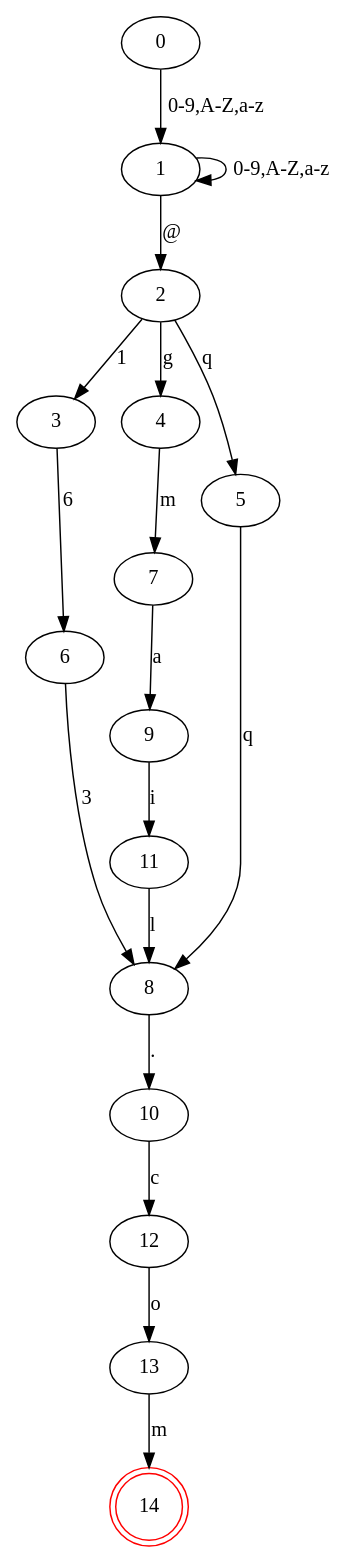
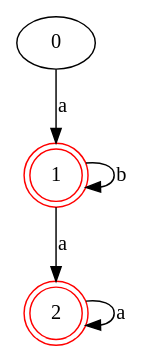
The diagram in tmp/test_mindfa.dot (JameyWoo/re2graph), drawn with Graphviz before and after one commit. The commit also changed 10 other files, not shown here.

```diff
--- a/tmp/test_mindfa.dot
+++ b/tmp/test_mindfa.dot
@@ -1,34 +1,9 @@
 digraph {
 	0 [label="0"]
-	1 [label="1"]
-	2 [label="2"]
-	3 [label="3"]
-	4 [label="4"]
-	5 [label="5"]
-	6 [label="6"]
-	7 [label="7"]
-	8 [label="8"]
-	9 [label="9"]
-	10 [label="10"]
-	11 [label="11"]
-	12 [label="12"]
-	13 [label="13"]
-	14 [label="14" color=red shape=doublecircle]
-	0 -> 1 [label="0-9,A-Z,a-z"]
-	1 -> 1 [label="0-9,A-Z,a-z"]
-	1 -> 2 [label="@"]
-	2 -> 3 [label="1"]
-	2 -> 4 [label="g"]
-	2 -> 5 [label="q"]
-	3 -> 6 [label="6"]
-	4 -> 7 [label="m"]
-	5 -> 8 [label="q"]
-	6 -> 8 [label="3"]
-	7 -> 9 [label="a"]
-	8 -> 10 [label="."]
-	9 -> 11 [label="i"]
-	10 -> 12 [label="c"]
-	11 -> 8 [label="l"]
-	12 -> 13 [label="o"]
-	13 -> 14 [label="m"]
+	1 [label="1" color=red shape=doublecircle]
+	2 [label="2" color=red shape=doublecircle]
+	0 -> 1 [label="a"]
+	1 -> 1 [label="b"]
+	1 -> 2 [label="a"]
+	2 -> 2 [label="a"]
 }
```
